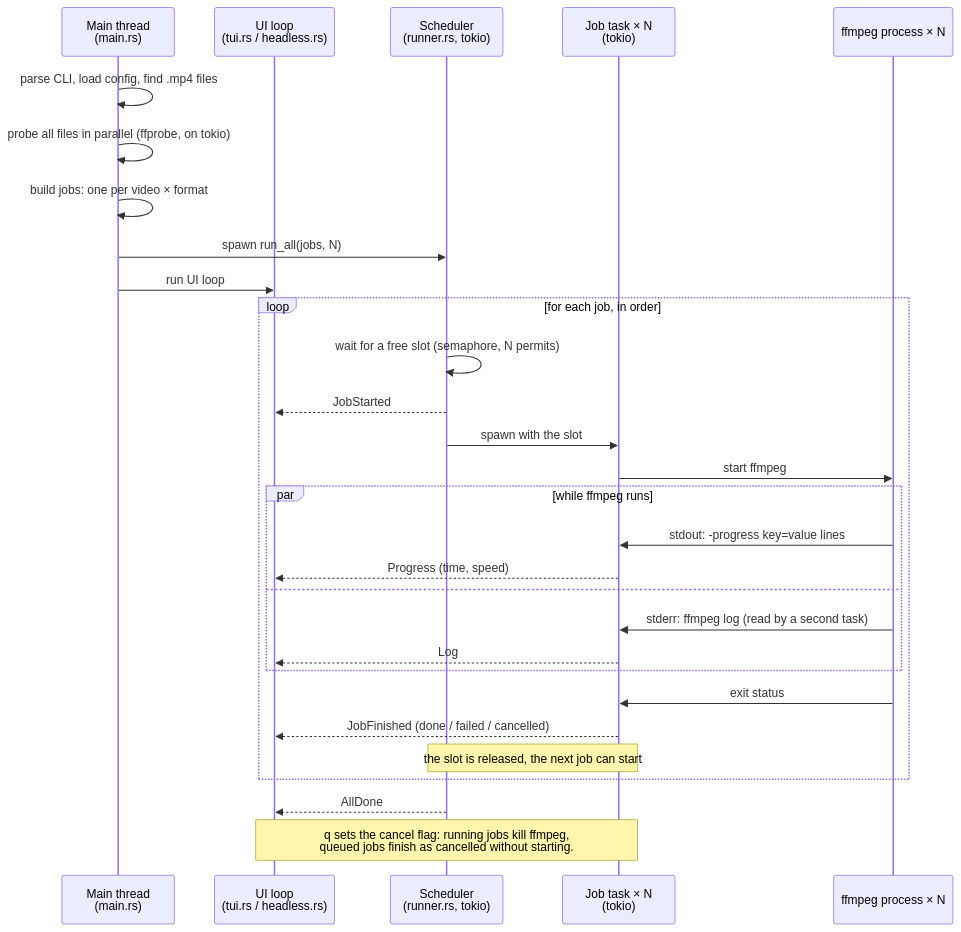
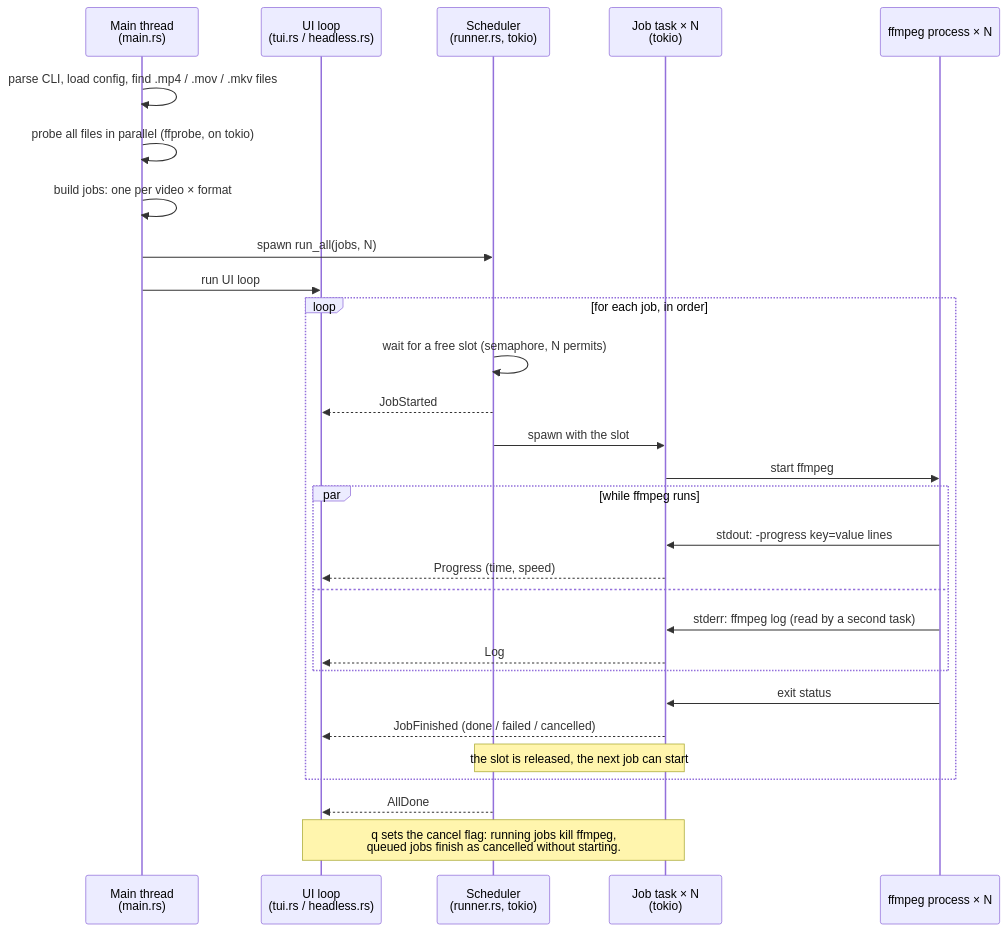
One commit to Domeimeie/DodoGlass changed the second of 5 diagrams in docs/architecture/transcoder.md. Above: the diagram before and after it, drawn with Mermaid. The commit also changed other lines of this file and 4 other files, not shown here.

````diff
--- a/docs/architecture/transcoder.md
+++ b/docs/architecture/transcoder.md
@@ -102,32 +104,32 @@
 ```mermaid
 sequenceDiagram
     participant Main as Main thread<br/>(main.rs)
     participant UI as UI loop<br/>(tui.rs / headless.rs)
     participant Sched as Scheduler<br/>(runner.rs, tokio)
     participant Task as Job task × N<br/>(tokio)
     participant FF as ffmpeg process × N
 
-    Main->>Main: parse CLI, load config, find .mp4 files
+    Main->>Main: parse CLI, load config, find .mp4 / .mov / .mkv files
     Main->>Main: probe all files in parallel (ffprobe, on tokio)
     Main->>Main: build jobs: one per video × format
     Main->>Sched: spawn run_all(jobs, N)
     Main->>UI: run UI loop
     loop for each job, in order
         Sched->>Sched: wait for a free slot (semaphore, N permits)
         Sched-->>UI: JobStarted
         Sched->>Task: spawn with the slot
         Task->>FF: start ffmpeg
         par while ffmpeg runs
             FF->>Task: stdout: -progress key=value lines
             Task-->>UI: Progress (time, speed)
         and
             FF->>Task: stderr: ffmpeg log (read by a second task)
             Task-->>UI: Log
         end
         FF->>Task: exit status
         Task-->>UI: JobFinished (done / failed / cancelled)
         Note over Task,Sched: the slot is released, the next job can start
     end
     Sched-->>UI: AllDone
     Note over UI,Task: q sets the cancel flag: running jobs kill ffmpeg,<br/>queued jobs finish as cancelled without starting.
 ```
````
